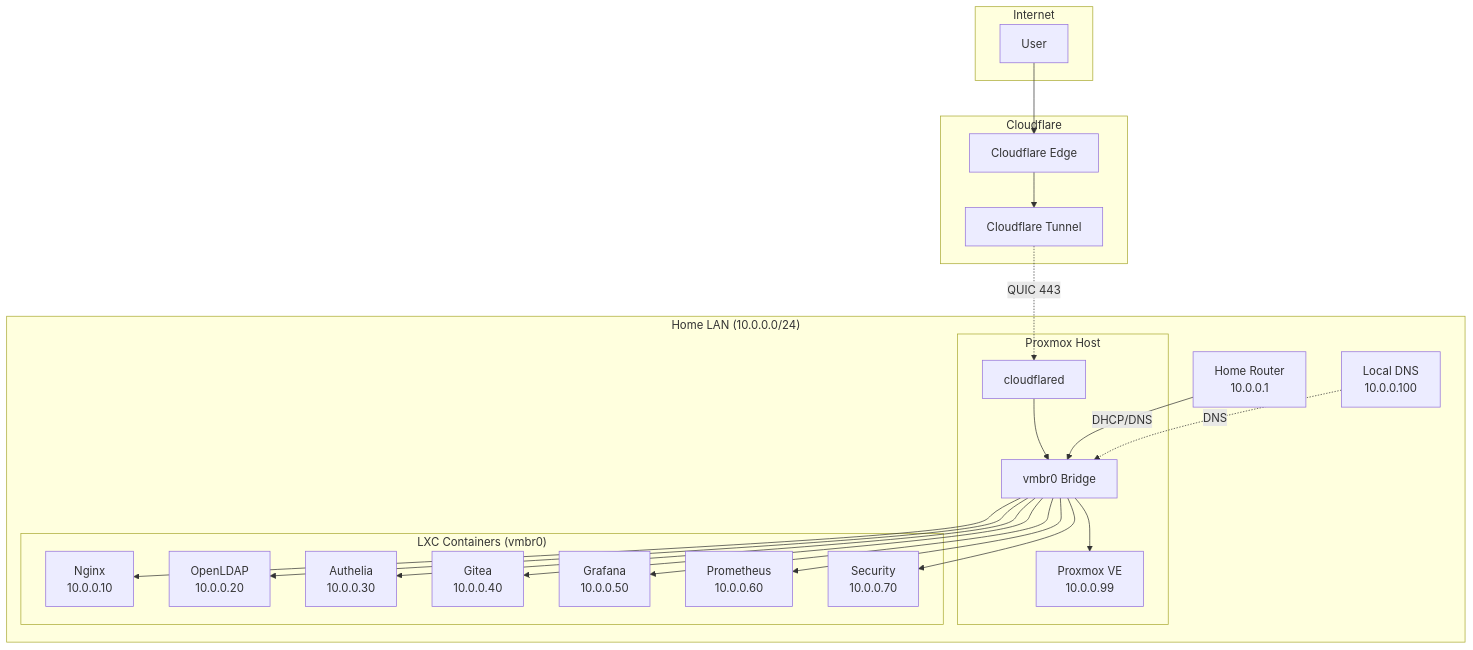
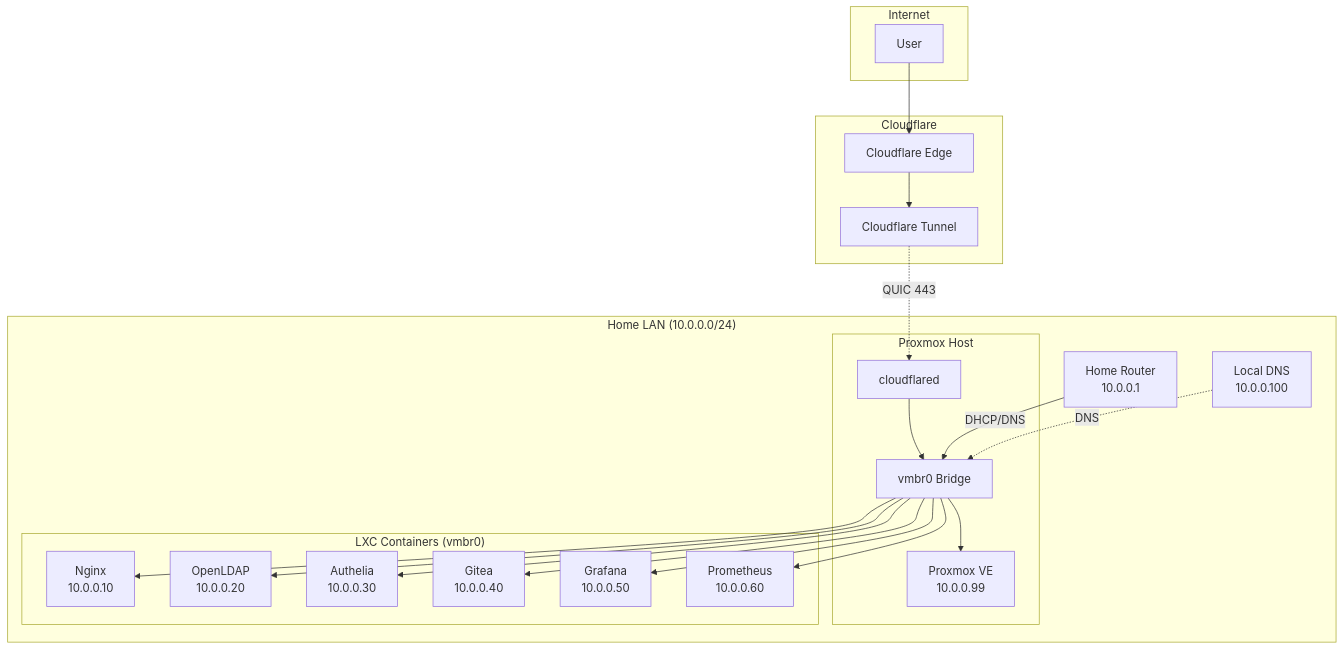
The diagram in docs/03-networking/network-design.md (dmaljkovic/proxmox-homelab), drawn with Mermaid before and after one commit. The commit also changed other lines of this file and 9 other files, not shown here.

Commit message:
Remove Phase 8 (Security LXC) from docs, diagrams, and Ansible inventory

````diff
--- a/docs/03-networking/network-design.md
+++ b/docs/03-networking/network-design.md
@@ -5,47 +5,45 @@
 ```mermaid
 graph TB
     subgraph Internet
         User[User]
     end
     
     subgraph Cloudflare
         Edge[Cloudflare Edge]
         Tunnel[Cloudflare Tunnel]
     end
     
     subgraph "Home LAN (10.0.0.0/24)"
         Router[Home Router<br/>10.0.0.1]
         DNS[Local DNS<br/>10.0.0.100]
         
         subgraph "Proxmox Host"
             Host[Proxmox VE<br/>10.0.0.99]
             CF[cloudflared]
             vmbr0[vmbr0 Bridge]
         end
         
         subgraph "LXC Containers (vmbr0)"
             Nginx[Nginx<br/>10.0.0.10]
             LDAP[OpenLDAP<br/>10.0.0.20]
             Authelia[Authelia<br/>10.0.0.30]
             Gitea[Gitea<br/>10.0.0.40]
             Grafana[Grafana<br/>10.0.0.50]
             Prom[Prometheus<br/>10.0.0.60]
-            Sec[Security<br/>10.0.0.70]
         end
     end
     
     User --> Edge
     Edge --> Tunnel
     Tunnel -.->|QUIC 443| CF
     CF --> vmbr0
     Router -->|DHCP/DNS| vmbr0
     DNS -.->|DNS| vmbr0
     vmbr0 --> Nginx
     vmbr0 --> LDAP
     vmbr0 --> Authelia
     vmbr0 --> Gitea
     vmbr0 --> Grafana
     vmbr0 --> Prom
-    vmbr0 --> Sec
     vmbr0 --> Host
 ```
````
